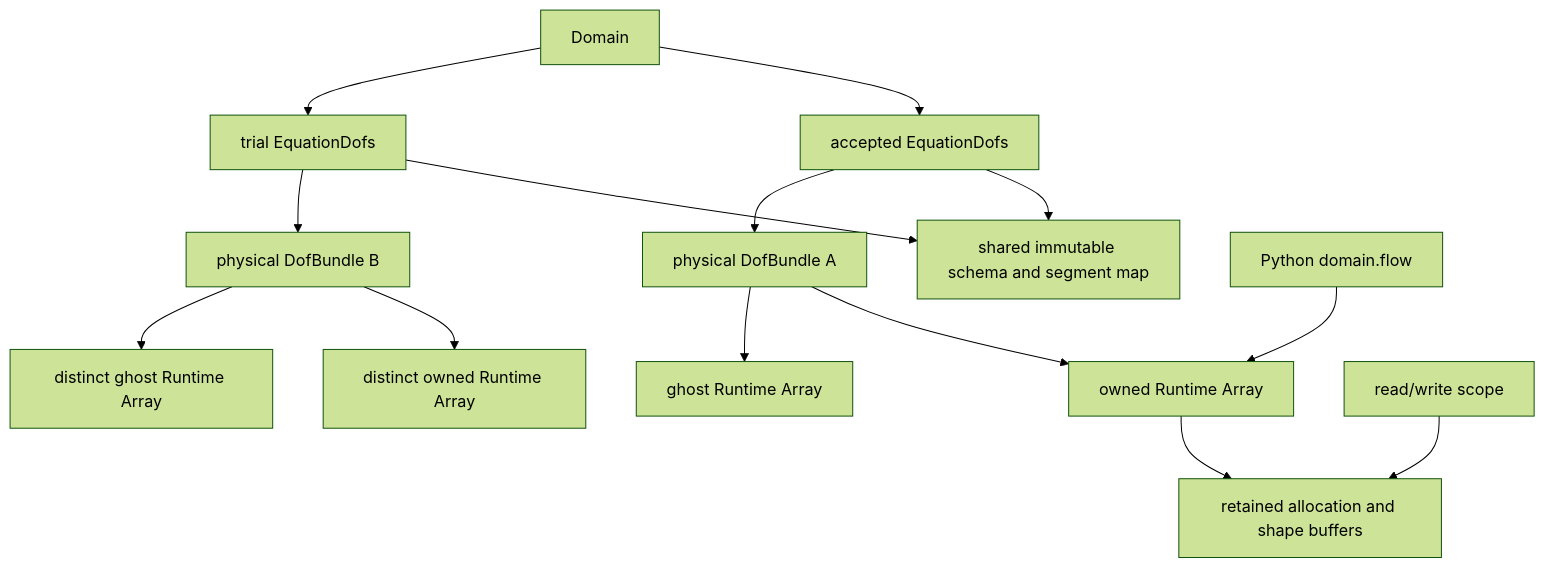
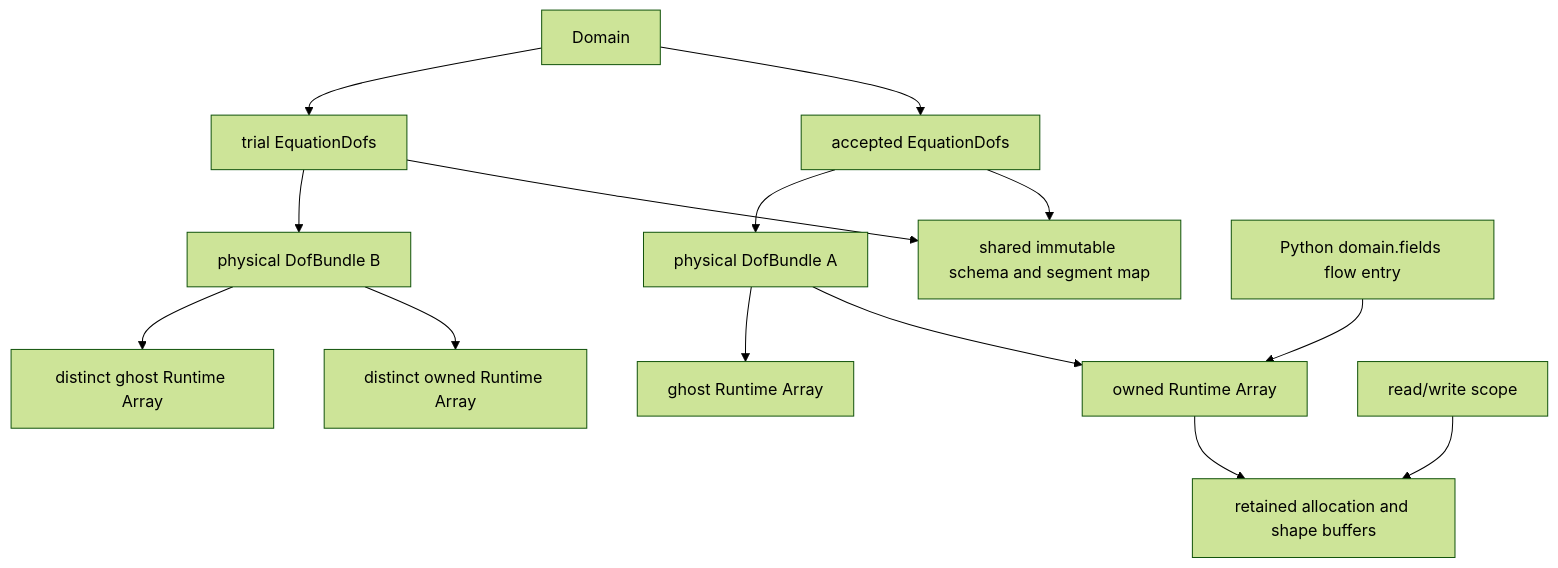
The first of 3 diagrams in docs/architecture/CauchyState.md (harryzhou2000/DNDSR), drawn with Mermaid (forest theme) before and after one commit. The commit also changed other lines of this file and 90 other files, not shown here.

````diff
--- a/docs/architecture/CauchyState.md
+++ b/docs/architecture/CauchyState.md
@@ -91,16 +91,16 @@
 ```mermaid
 flowchart TD
     Domain --> Accepted[accepted EquationDofs]
     Domain --> Trial[trial EquationDofs]
     Accepted --> Definition[shared immutable schema and segment map]
     Trial --> Definition
     Accepted --> FieldsA[physical DofBundle A]
     Trial --> FieldsB[physical DofBundle B]
     FieldsA --> OwnedA[owned Runtime Array]
     FieldsA --> GhostA[ghost Runtime Array]
     FieldsB --> OwnedB[distinct owned Runtime Array]
     FieldsB --> GhostB[distinct ghost Runtime Array]
-    Python[Python domain.flow] --> OwnedA
+    Python[Python domain.fields flow entry] --> OwnedA
     Scope[read/write scope] --> Allocation[retained allocation and shape buffers]
     OwnedA --> Allocation
 ```
````
